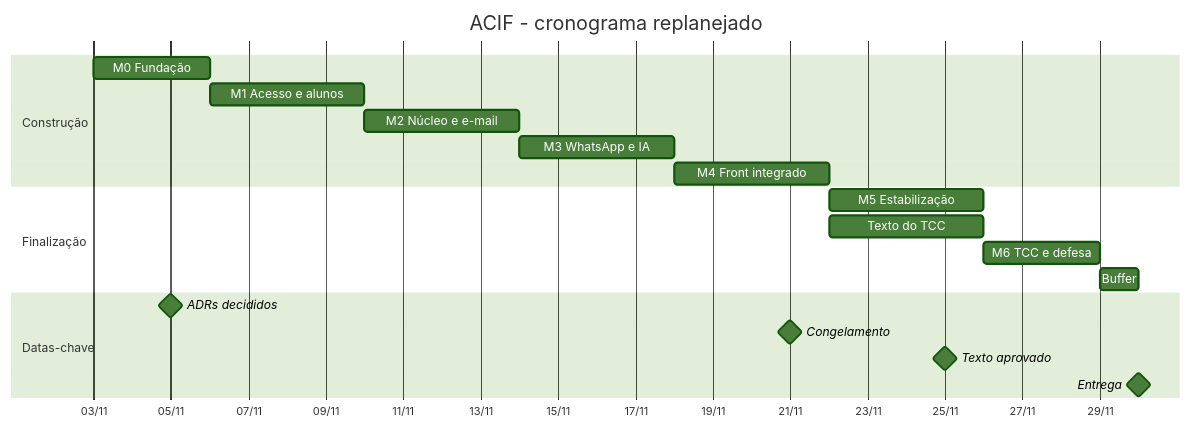
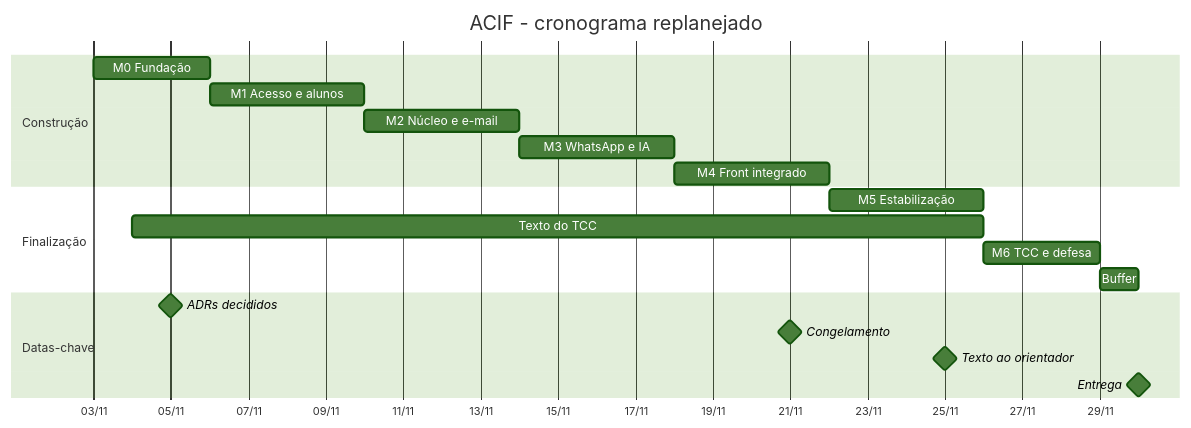
The diagram in docs/roadmap.md (mlsag/ACIF), drawn with Mermaid (forest theme) before and after one commit. The commit also changed other lines of this file and 18 other files, not shown here.

````diff
--- a/docs/roadmap.md
+++ b/docs/roadmap.md
@@ -25,25 +25,25 @@
 ```mermaid
 gantt
     title ACIF - cronograma replanejado
     dateFormat YYYY-MM-DD
     axisFormat %d/%m
 
     section Construção
     M0 Fundação            :m0, 2026-11-03, 2026-11-06
     M1 Acesso e alunos     :m1, 2026-11-06, 2026-11-10
     M2 Núcleo e e-mail     :m2, 2026-11-10, 2026-11-14
     M3 WhatsApp e IA       :m3, 2026-11-14, 2026-11-18
     M4 Front integrado     :m4, 2026-11-18, 2026-11-22
 
     section Finalização
     M5 Estabilização       :m5, 2026-11-22, 2026-11-26
-    Texto do TCC           :tcc, 2026-11-22, 2026-11-26
+    Texto do TCC           :tcc, 2026-11-04, 2026-11-26
     M6 TCC e defesa        :m6, 2026-11-26, 2026-11-29
     Buffer                 :buf, 2026-11-29, 2026-11-30
 
     section Datas-chave
     ADRs decididos         :milestone, 2026-11-05, 0d
     Congelamento           :milestone, 2026-11-21, 0d
-    Texto aprovado         :milestone, 2026-11-25, 0d
+    Texto ao orientador    :milestone, 2026-11-25, 0d
     Entrega                :milestone, 2026-11-30, 0d
 ```
````
